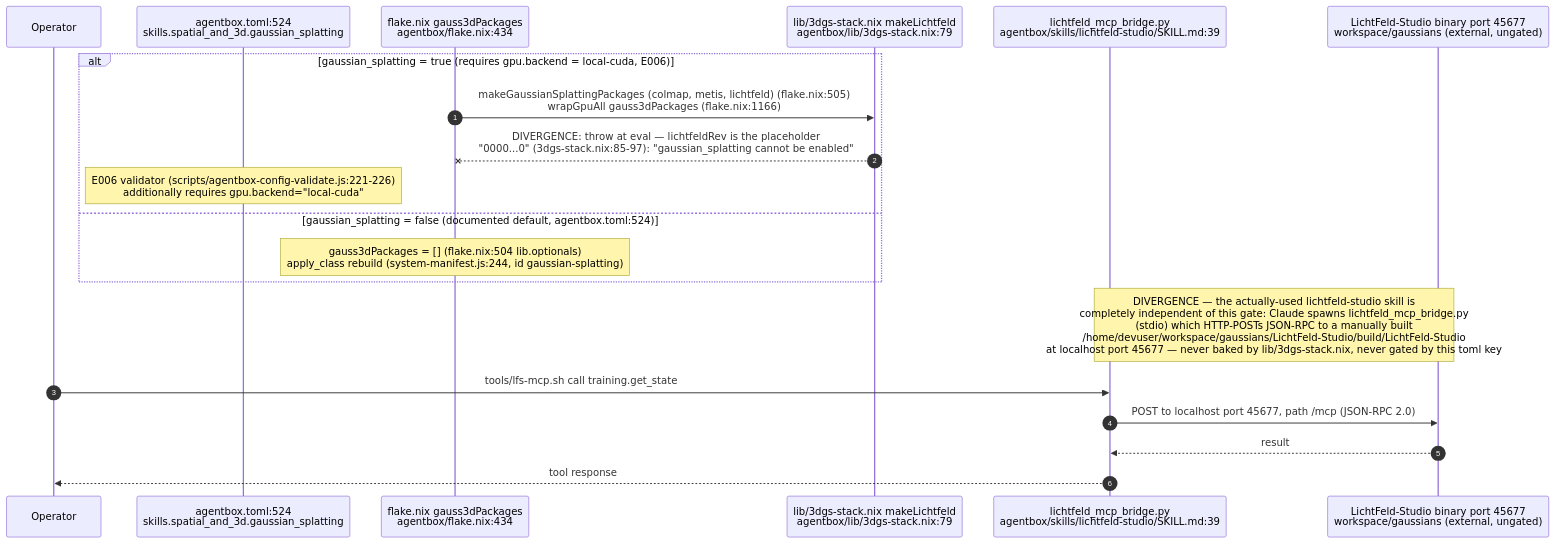
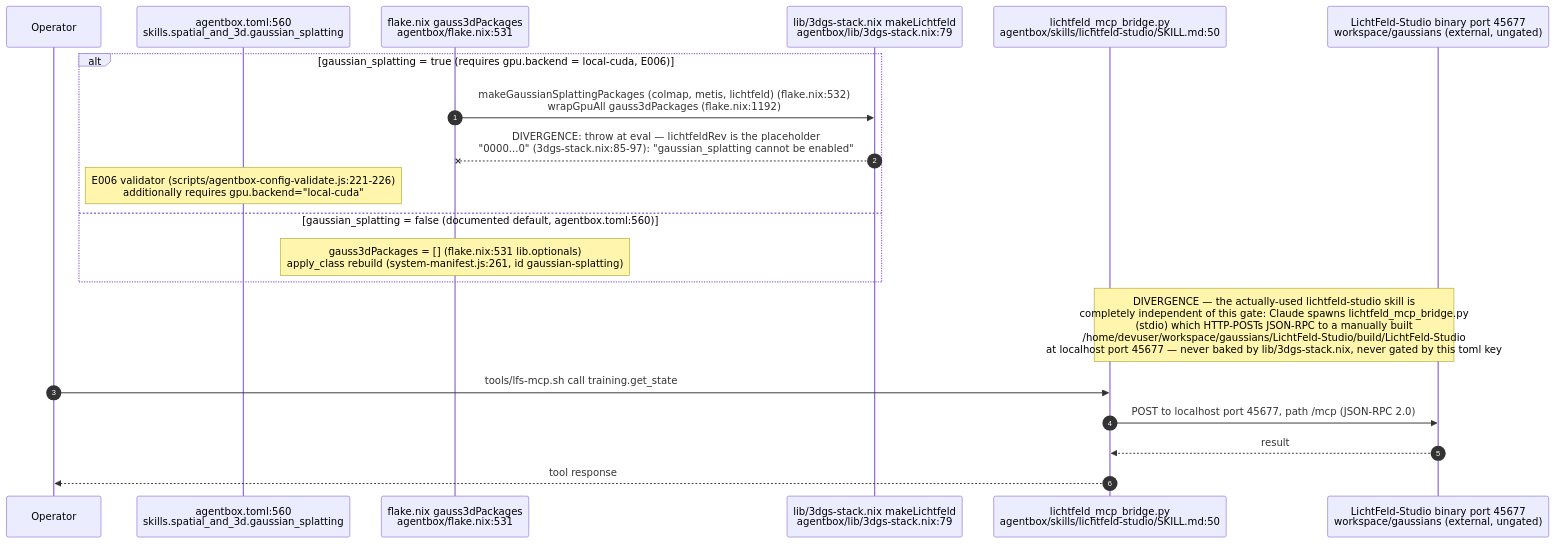
One commit to DreamLab-AI/VisionFlow changed the ninth of 13 diagrams in docs/diagrams/agentbox/27-media-gpu-capability-services.md. Above: the diagram before and after it, drawn with Mermaid. The commit also changed other lines of this file and 28 other files, not shown here.

````diff
--- a/docs/diagrams/agentbox/27-media-gpu-capability-services.md
+++ b/docs/diagrams/agentbox/27-media-gpu-capability-services.md
@@ -286,23 +286,23 @@
 ```mermaid
 sequenceDiagram
     autonumber
     participant Op as Operator
-    participant Toml as agentbox.toml:524<br/>skills.spatial_and_3d.gaussian_splatting
-    participant Flake as flake.nix gauss3dPackages<br/>agentbox/flake.nix:434
+    participant Toml as agentbox.toml:560<br/>skills.spatial_and_3d.gaussian_splatting
+    participant Flake as flake.nix gauss3dPackages<br/>agentbox/flake.nix:531
     participant Nix3dgs as lib/3dgs-stack.nix makeLichtfeld<br/>agentbox/lib/3dgs-stack.nix:79
-    participant Bridge as lichtfeld_mcp_bridge.py<br/>agentbox/skills/lichtfeld-studio/SKILL.md:39
+    participant Bridge as lichtfeld_mcp_bridge.py<br/>agentbox/skills/lichtfeld-studio/SKILL.md:50
     participant LFS as LichtFeld-Studio binary port 45677<br/>workspace/gaussians (external, ungated)
 
     alt gaussian_splatting = true (requires gpu.backend = local-cuda, E006)
-        Flake->>Nix3dgs: makeGaussianSplattingPackages (colmap, metis, lichtfeld) (flake.nix:505)<br/>wrapGpuAll gauss3dPackages (flake.nix:1166)
+        Flake->>Nix3dgs: makeGaussianSplattingPackages (colmap, metis, lichtfeld) (flake.nix:532)<br/>wrapGpuAll gauss3dPackages (flake.nix:1192)
         Nix3dgs--xFlake: DIVERGENCE: throw at eval — lichtfeldRev is the placeholder<br/>"0000...0" (3dgs-stack.nix:85-97): "gaussian_splatting cannot be enabled"
         Note over Toml: E006 validator (scripts/agentbox-config-validate.js:221-226)<br/>additionally requires gpu.backend="local-cuda"
-    else gaussian_splatting = false (documented default, agentbox.toml:524)
-        Note over Flake: gauss3dPackages = [] (flake.nix:504 lib.optionals)<br/>apply_class rebuild (system-manifest.js:244, id gaussian-splatting)
+    else gaussian_splatting = false (documented default, agentbox.toml:560)
+        Note over Flake: gauss3dPackages = [] (flake.nix:531 lib.optionals)<br/>apply_class rebuild (system-manifest.js:261, id gaussian-splatting)
     end
     Note over Bridge,LFS: DIVERGENCE — the actually-used lichtfeld-studio skill is<br/>completely independent of this gate: Claude spawns lichtfeld_mcp_bridge.py<br/>(stdio) which HTTP-POSTs JSON-RPC to a manually built<br/>/home/devuser/workspace/gaussians/LichtFeld-Studio/build/LichtFeld-Studio<br/>at localhost port 45677 — never baked by lib/3dgs-stack.nix, never gated by this toml key
     Op->>Bridge: tools/lfs-mcp.sh call training.get_state
     Bridge->>LFS: POST to localhost port 45677, path /mcp (JSON-RPC 2.0)
     LFS-->>Bridge: result
     Bridge-->>Op: tool response
 ```
````
